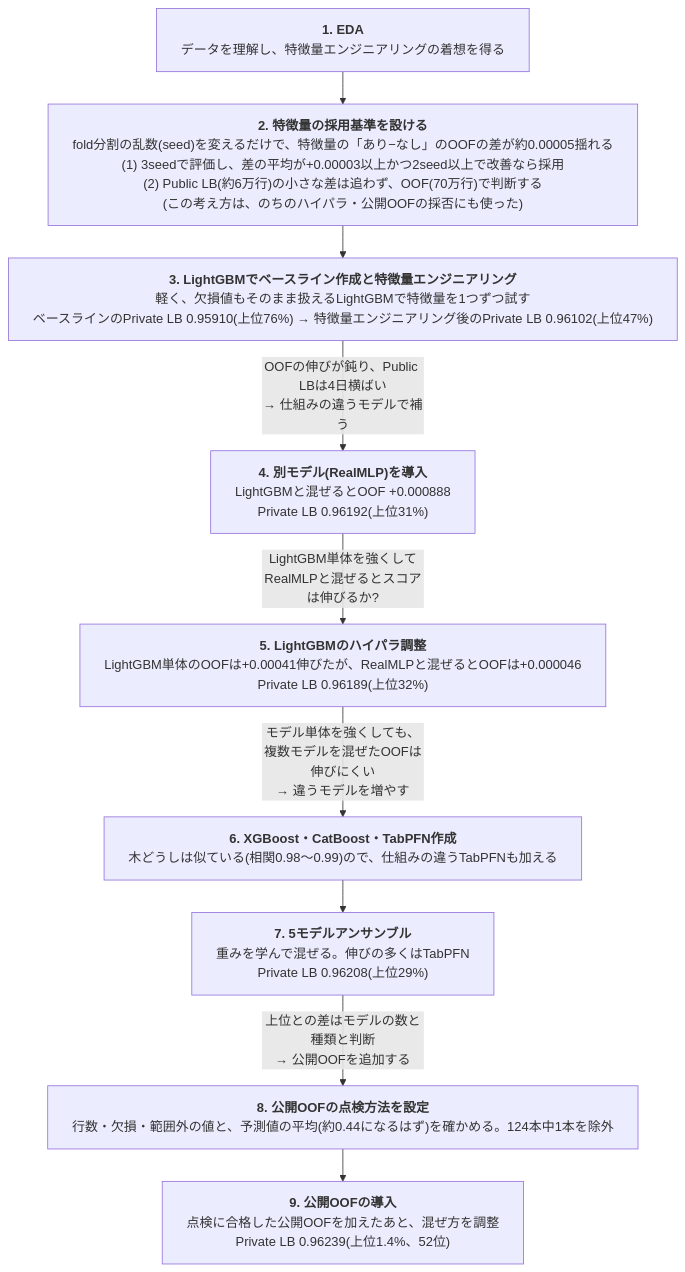
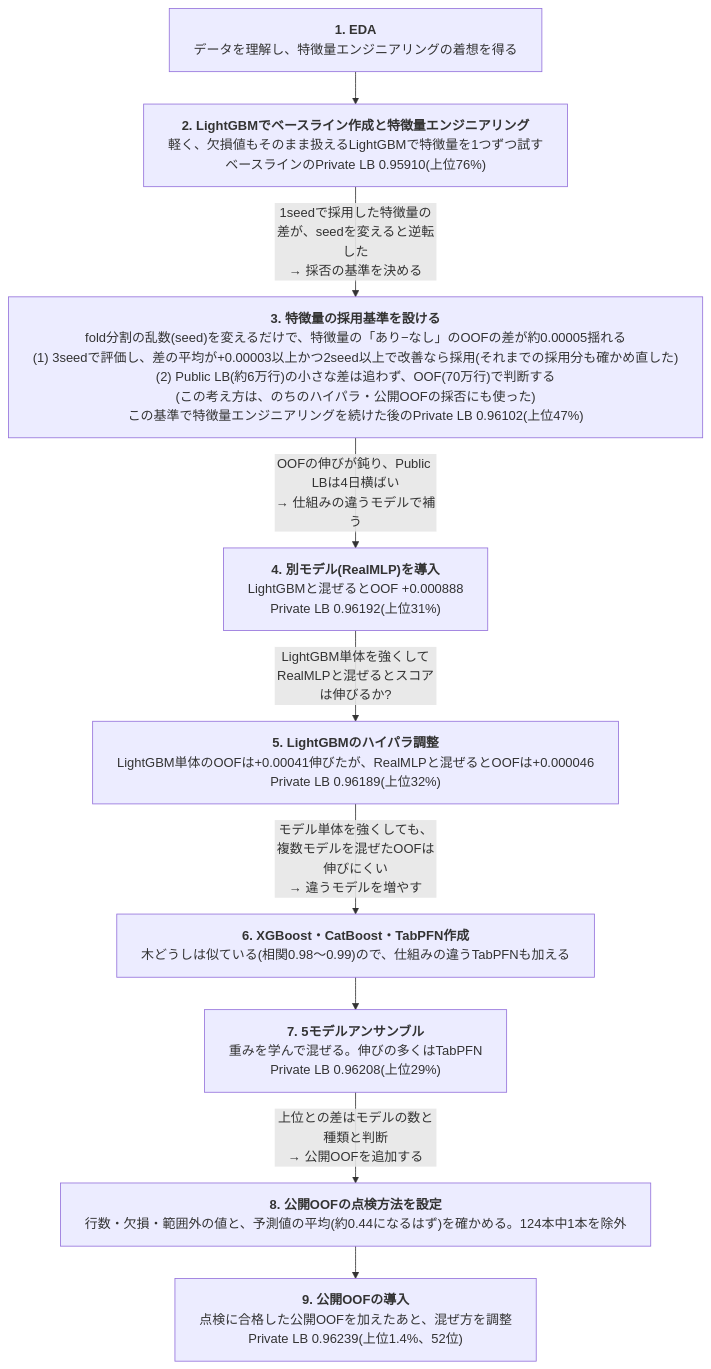
One commit to aramaki5443-art/kaggle-s6e10-airline-satisfaction changed the first of 3 diagrams in README.md. Above: the diagram before and after it, drawn with Mermaid. The commit also changed other lines of this file and 11 other files, not shown here.

````diff
--- a/README.md
+++ b/README.md
@@ -21,24 +21,25 @@
 ```mermaid
 ---
 config:
   flowchart:
     wrappingWidth: 800
     rankSpacing: 40
 ---
 flowchart TD
   S1["<b>1. EDA</b><br>データを理解し、特徴量エンジニアリングの着想を得る"]
-  SC["<b>2. 特徴量の採用基準を設ける</b><br>fold分割の乱数(seed)を変えるだけで、特徴量の「あり−なし」のOOFの差が約0.00005揺れる<br>(1) 3seedで評価し、差の平均が+0.00003以上かつ2seed以上で改善なら採用<br>(2) Public LB(約6万行)の小さな差は追わず、OOF(70万行)で判断する<br>(この考え方は、のちのハイパラ・公開OOFの採否にも使った)"]
-  S2["<b>3. LightGBMでベースライン作成と特徴量エンジニアリング</b><br>軽く、欠損値もそのまま扱えるLightGBMで特徴量を1つずつ試す<br>ベースラインのPrivate LB 0.95910(上位76%) → 特徴量エンジニアリング後のPrivate LB 0.96102(上位47%)"]
+  S2["<b>2. LightGBMでベースライン作成と特徴量エンジニアリング</b><br>軽く、欠損値もそのまま扱えるLightGBMで特徴量を1つずつ試す<br>ベースラインのPrivate LB 0.95910(上位76%)"]
+  SC["<b>3. 特徴量の採用基準を設ける</b><br>fold分割の乱数(seed)を変えるだけで、特徴量の「あり−なし」のOOFの差が約0.00005揺れる<br>(1) 3seedで評価し、差の平均が+0.00003以上かつ2seed以上で改善なら採用(それまでの採用分も確かめ直した)<br>(2) Public LB(約6万行)の小さな差は追わず、OOF(70万行)で判断する<br>(この考え方は、のちのハイパラ・公開OOFの採否にも使った)<br>この基準で特徴量エンジニアリングを続けた後のPrivate LB 0.96102(上位47%)"]
   S3["<b>4. 別モデル(RealMLP)を導入</b><br>LightGBMと混ぜるとOOF +0.000888<br>Private LB 0.96192(上位31%)"]
   S4["<b>5. LightGBMのハイパラ調整</b><br>LightGBM単体のOOFは+0.00041伸びたが、RealMLPと混ぜるとOOFは+0.000046<br>Private LB 0.96189(上位32%)"]
   S5["<b>6. XGBoost・CatBoost・TabPFN作成</b><br>木どうしは似ている(相関0.98〜0.99)ので、仕組みの違うTabPFNも加える"]
   S6["<b>7. 5モデルアンサンブル</b><br>重みを学んで混ぜる。伸びの多くはTabPFN<br>Private LB 0.96208(上位29%)"]
   SK["<b>8. 公開OOFの点検方法を設定</b><br>行数・欠損・範囲外の値と、予測値の平均(約0.44になるはず)を確かめる。124本中1本を除外"]
   S7["<b>9. 公開OOFの導入</b><br>点検に合格した公開OOFを加えたあと、混ぜ方を調整<br>Private LB 0.96239(上位1.4%、52位)"]
-  S1 --> SC --> S2
-  S2 -->|"OOFの伸びが鈍り、Public LBは4日横ばい<br>→ 仕組みの違うモデルで補う"| S3
+  S1 --> S2
+  S2 -->|"1seedで採用した特徴量の差が、seedを変えると逆転した<br>→ 採否の基準を決める"| SC
+  SC -->|"OOFの伸びが鈍り、Public LBは4日横ばい<br>→ 仕組みの違うモデルで補う"| S3
   S3 -->|"LightGBM単体を強くしてRealMLPと混ぜるとスコアは伸びるか?"| S4
   S4 -->|"モデル単体を強くしても、複数モデルを混ぜたOOFは伸びにくい<br>→ 違うモデルを増やす"| S5
   S5 --> S6
   S6 -->|"上位との差はモデルの数と種類と判断<br>→ 公開OOFを追加する"| SK --> S7
 ```
````
